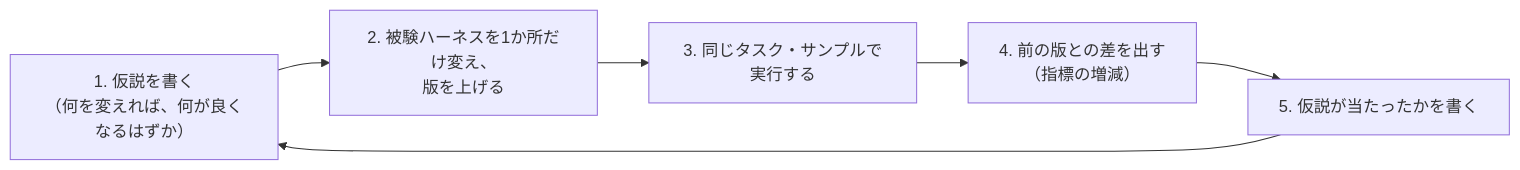
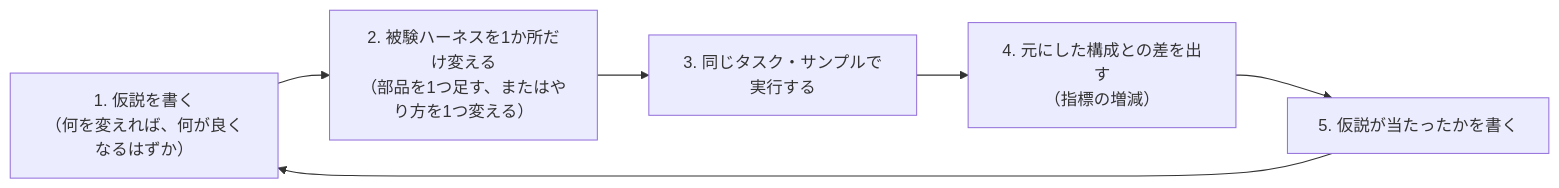
The diagram in docs/adr/0024-show-harness-changes-and-effects.md (mgmaru/tcg-buylist-eval), drawn with Mermaid before and after one commit. The commit also changed other lines of this file and 9 other files, not shown here.

````diff
--- a/docs/adr/0024-show-harness-changes-and-effects.md
+++ b/docs/adr/0024-show-harness-changes-and-effects.md
@@ -25,8 +25,8 @@
 ```mermaid
 flowchart LR
-    A["1. 仮説を書く<br/>（何を変えれば、何が良くなるはずか）"] --> B["2. 被験ハーネスを1か所だけ変え、<br/>版を上げる"]
+    A["1. 仮説を書く<br/>（何を変えれば、何が良くなるはずか）"] --> B["2. 被験ハーネスを1か所だけ変える<br/>（部品を1つ足す、またはやり方を1つ変える）"]
     B --> C["3. 同じタスク・サンプルで実行する"]
-    C --> D["4. 前の版との差を出す<br/>（指標の増減）"]
+    C --> D["4. 元にした構成との差を出す<br/>（指標の増減）"]
     D --> E["5. 仮説が当たったかを書く"]
     E --> A
 ```
````
